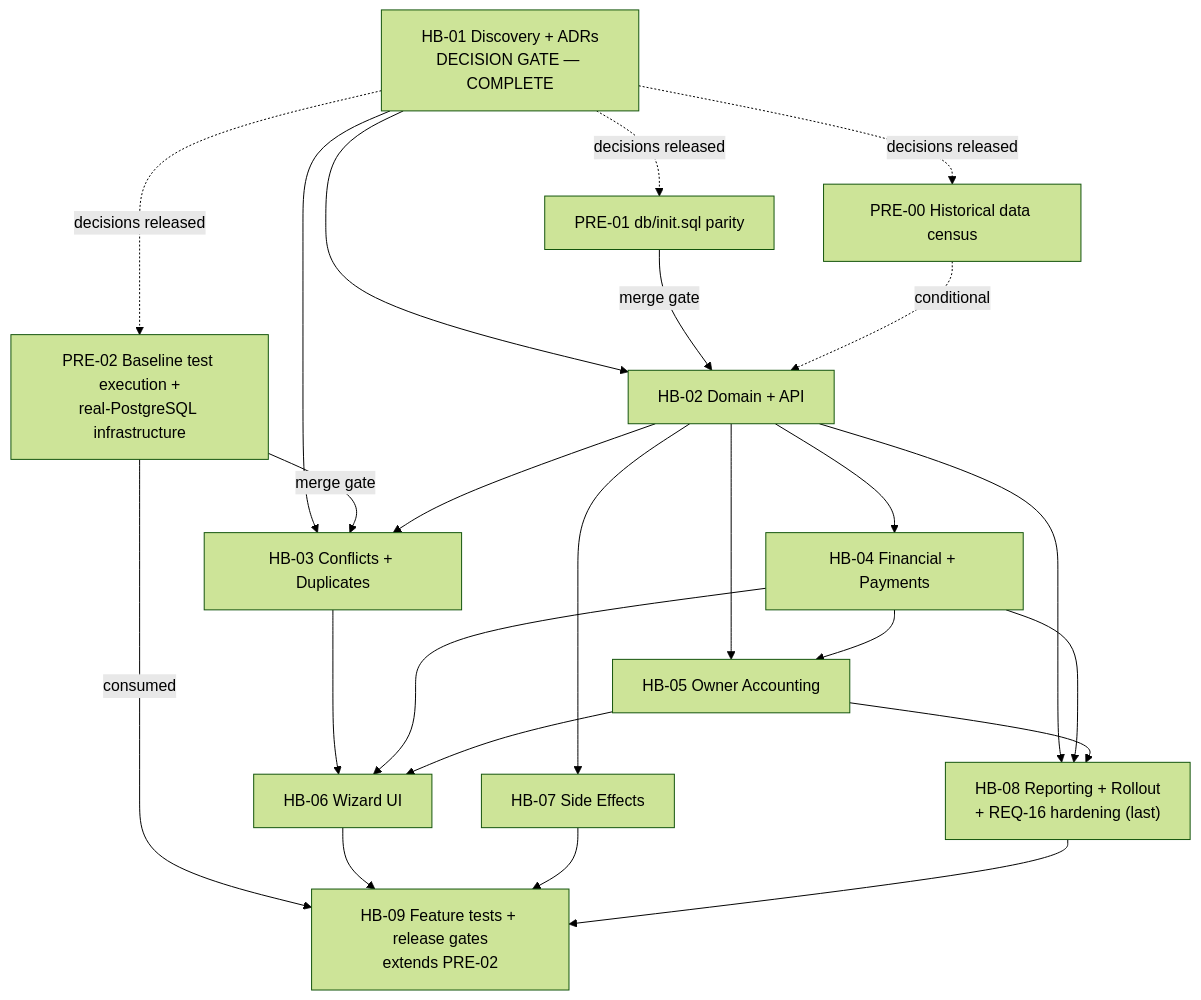
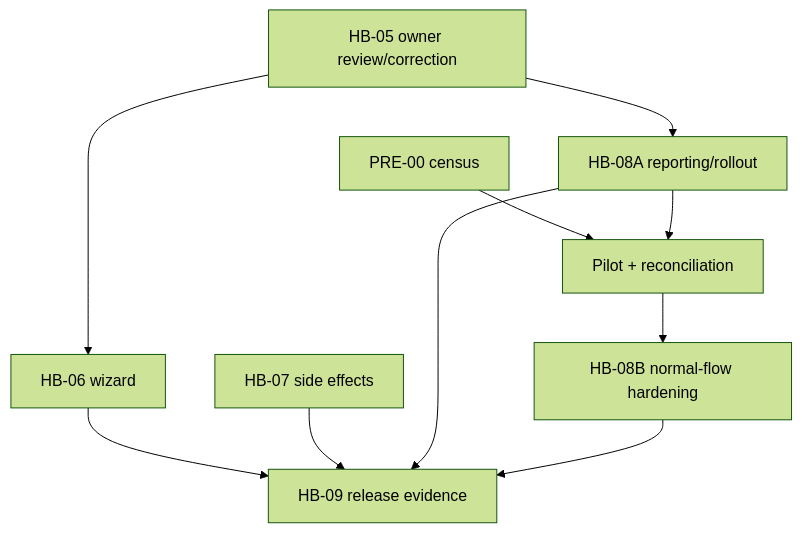
Before and after one commit to HozaifaAlmelli/REMAL: the diagram in docs/plans/historical-bookings/README.md, drawn with Mermaid (forest theme). The commit also changed other lines of this file and 12 other files, not shown here.

````diff
--- a/docs/plans/historical-bookings/README.md
+++ b/docs/plans/historical-bookings/README.md
@@ -95,39 +58,21 @@
 ```mermaid
 graph TD
-    HB01["HB-01 Discovery + ADRs<br/>DECISION GATE — COMPLETE"]
-    P00["PRE-00 Historical data census"]
-    P01["PRE-01 db/init.sql parity"]
-    P02["PRE-02 Baseline test execution +<br/>real-PostgreSQL infrastructure"]
-    HB02["HB-02 Domain + API"]
-    HB03["HB-03 Conflicts + Duplicates"]
-    HB04["HB-04 Financial + Payments"]
-    HB05["HB-05 Owner Accounting"]
-    HB06["HB-06 Wizard UI"]
-    HB07["HB-07 Side Effects"]
-    HB08["HB-08 Reporting + Rollout<br/>+ REQ-16 hardening (last)"]
-    HB09["HB-09 Feature tests + release gates<br/>extends PRE-02"]
+    PRE00["PRE-00 census"]
+    HB05["HB-05 owner review/correction"]
+    HB06["HB-06 wizard"]
+    HB07["HB-07 side effects"]
+    HB08A["HB-08A reporting/rollout"]
+    PILOT["Pilot + reconciliation"]
+    HB08B["HB-08B normal-flow hardening"]
+    HB09["HB-09 release evidence"]
 
-    HB01 -.->|decisions released| P00
-    HB01 -.->|decisions released| P01
-    HB01 -.->|decisions released| P02
-    HB01 --> HB02
-    HB01 --> HB03
-    P01 -->|merge gate| HB02
-    P00 -.->|conditional| HB02
-    P02 -->|merge gate| HB03
-    P02 -->|consumed| HB09
-    HB02 --> HB03
-    HB02 --> HB04
-    HB02 --> HB05
-    HB02 --> HB07
-    HB02 --> HB08
-    HB03 --> HB06
-    HB04 --> HB05
-    HB04 --> HB06
     HB05 --> HB06
-    HB04 --> HB08
-    HB05 --> HB08
+    HB05 --> HB08A
+    PRE00 --> PILOT
+    HB08A --> PILOT
+    PILOT --> HB08B
     HB06 --> HB09
     HB07 --> HB09
-    HB08 --> HB09
+    HB08A --> HB09
+    HB08B --> HB09
 ```
````
